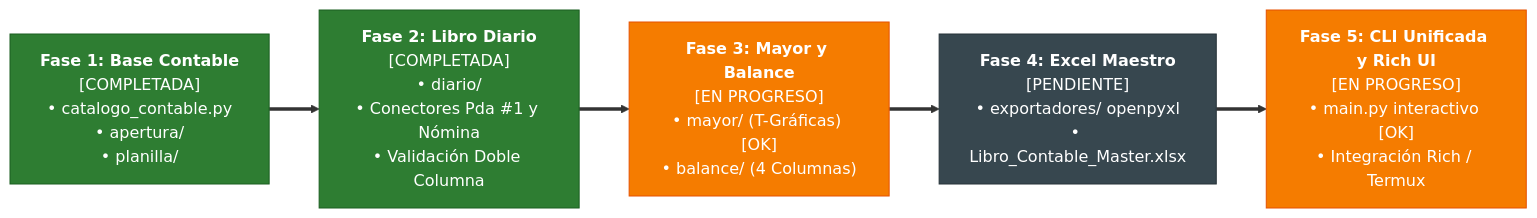
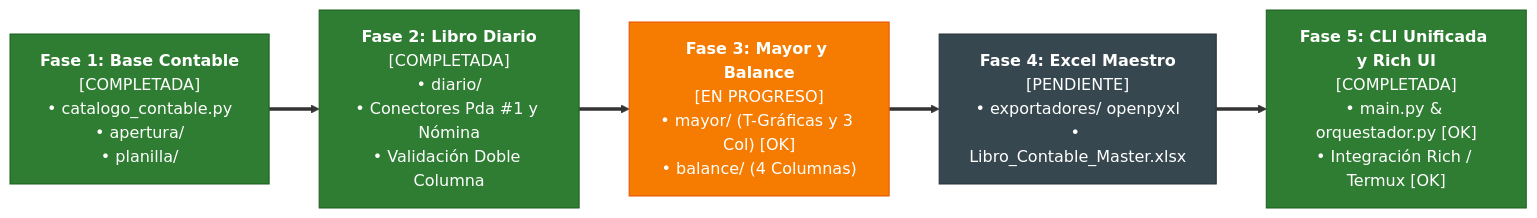
One commit to EmGamex/Accounting-Cycle-on-Python changed the fifth of 5 diagrams in SISTEMA_CONTABLE_INTEGRAL.md. Above: the diagram before and after it, drawn with Mermaid. The commit also changed other lines of this file, not shown here.

Commit message:
Actualizar progreso

````diff
--- a/SISTEMA_CONTABLE_INTEGRAL.md
+++ b/SISTEMA_CONTABLE_INTEGRAL.md
@@ -328,16 +346,16 @@
 ```mermaid
 flowchart LR
     F1["<b>Fase 1: Base Contable</b><br/>[COMPLETADA]<br/>• catalogo_contable.py<br/>• apertura/<br/>• planilla/"]
     F2["<b>Fase 2: Libro Diario</b><br/>[COMPLETADA]<br/>• diario/<br/>• Conectores Pda #1 y Nómina<br/>• Validación Doble Columna"]
-    F3["<b>Fase 3: Mayor y Balance</b><br/>[EN PROGRESO]<br/>• mayor/ (T-Gráficas) [OK]<br/>• balance/ (4 Columnas)"]
+    F3["<b>Fase 3: Mayor y Balance</b><br/>[EN PROGRESO]<br/>• mayor/ (T-Gráficas y 3 Col) [OK]<br/>• balance/ (4 Columnas)"]
     F4["<b>Fase 4: Excel Maestro</b><br/>[PENDIENTE]<br/>• exportadores/ openpyxl<br/>• Libro_Contable_Master.xlsx"]
-    F5["<b>Fase 5: CLI Unificada y Rich UI</b><br/>[EN PROGRESO]<br/>• main.py interactivo [OK]<br/>• Integración Rich / Termux"]
+    F5["<b>Fase 5: CLI Unificada y Rich UI</b><br/>[COMPLETADA]<br/>• main.py & orquestador.py [OK]<br/>• Integración Rich / Termux [OK]"]
 
     F1 ==> F2 ==> F3 ==> F4 ==> F5
 
     style F1 fill:#2e7d32,stroke:#1b5e20,color:#ffffff
     style F2 fill:#2e7d32,stroke:#1b5e20,color:#ffffff
     style F3 fill:#f57c00,stroke:#e65100,color:#ffffff
     style F4 fill:#37474f,stroke:#263238,color:#ffffff
-    style F5 fill:#f57c00,stroke:#e65100,color:#ffffff
+    style F5 fill:#2e7d32,stroke:#1b5e20,color:#ffffff
 ```
````
